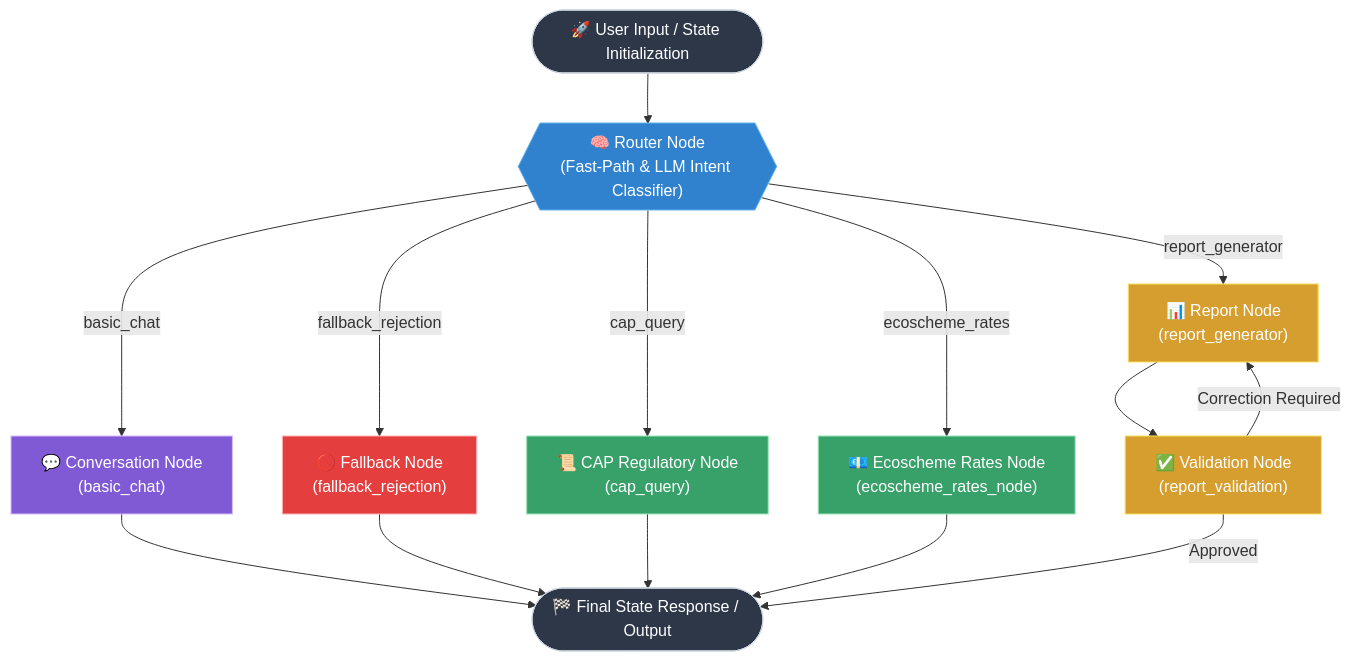
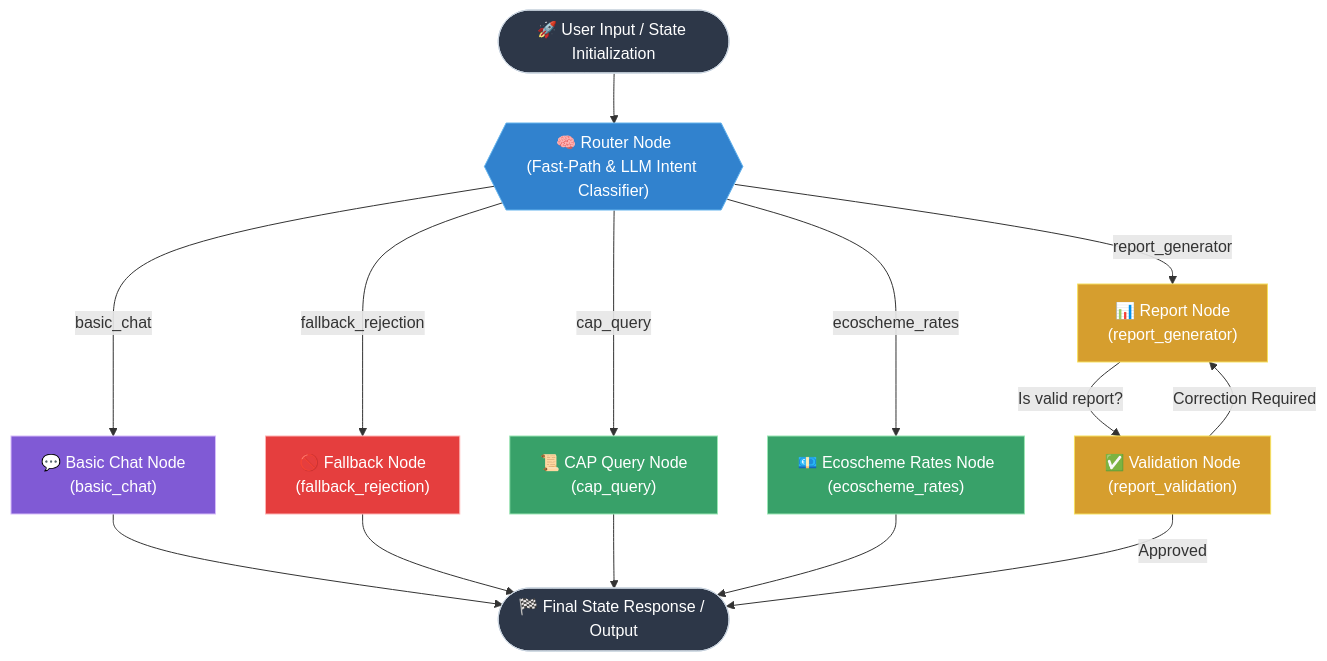
One commit to KhaosResearch/AgrIA changed the diagram in AgrIA_server/src/agent/README.md. Above: the diagram before and after it, drawn with Mermaid. The commit also changed other lines of this file and 1 other file, not shown here.

Commit message:
docs: update READMEs

````diff
--- a/AgrIA_server/src/agent/README.md
+++ b/AgrIA_server/src/agent/README.md
@@ -8,47 +8,47 @@
 ```mermaid
 graph TD
     %% Node Definitions
     START([🚀 User Input / State Initialization])
     ROUTER{{"🧠 Router Node<br/>(Fast-Path & LLM Intent Classifier)"}}
     
-    CONV["💬 Conversation Node<br/>(basic_chat)"]
+    CONV["💬 Basic Chat Node<br/>(basic_chat)"]
     FALLBACK["🚫 Fallback Node<br/>(fallback_rejection)"]
-    CAP["📜 CAP Regulatory Node<br/>(cap_query)"]
-    RATES["💶 Ecoscheme Rates Node<br/>(ecoscheme_rates_node)"]
+    CAP["📜 CAP Query Node<br/>(cap_query)"]
+    RATES["💶 Ecoscheme Rates Node<br/>(ecoscheme_rates)"]
     REPORT["📊 Report Node<br/>(report_generator)"]
     VALIDATION["✅ Validation Node<br/>(report_validation)"]
     
     END([🏁 Final State Response / Output])
 
     %% Flow Connections
     START --> ROUTER
 
     %% Router Branching
     ROUTER -- "basic_chat" --> CONV
     ROUTER -- "fallback_rejection" --> FALLBACK
     ROUTER -- "cap_query" --> CAP
     ROUTER -- "ecoscheme_rates" --> RATES
     ROUTER -- "report_generator" --> REPORT
 
     %% Node Execution Outputs
     CONV --> END
     FALLBACK --> END
     CAP --> END
     RATES --> END
 
     %% Validation Loop Sub-Graph
-    REPORT --> VALIDATION
+    REPORT -- "Is valid report?" --> VALIDATION
     VALIDATION -- "Approved" --> END
     VALIDATION -- "Correction Required" --> REPORT
 
     %% Styling
     style START fill:#2d3748,stroke:#cbd5e0,color:#fff
     style END fill:#2d3748,stroke:#cbd5e0,color:#fff
     style ROUTER fill:#3182ce,stroke:#63b3ed,color:#fff
     style REPORT fill:#d69e2e,stroke:#f6e05e,color:#fff
     style VALIDATION fill:#d69e2e,stroke:#f6e05e,color:#fff
     style CAP fill:#38a169,stroke:#9ae6b4,color:#fff
     style RATES fill:#38a169,stroke:#9ae6b4,color:#fff
     style CONV fill:#805ad5,stroke:#d6bcfa,color:#fff
     style FALLBACK fill:#e53e3e,stroke:#feb2b2,color:#fff
 ```
````
